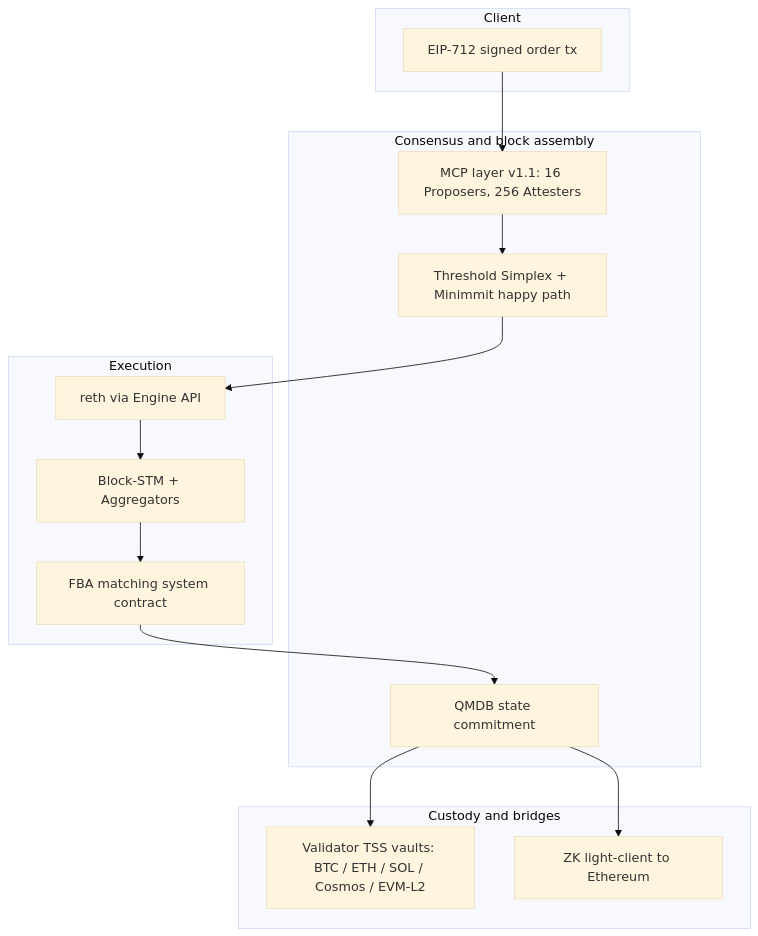
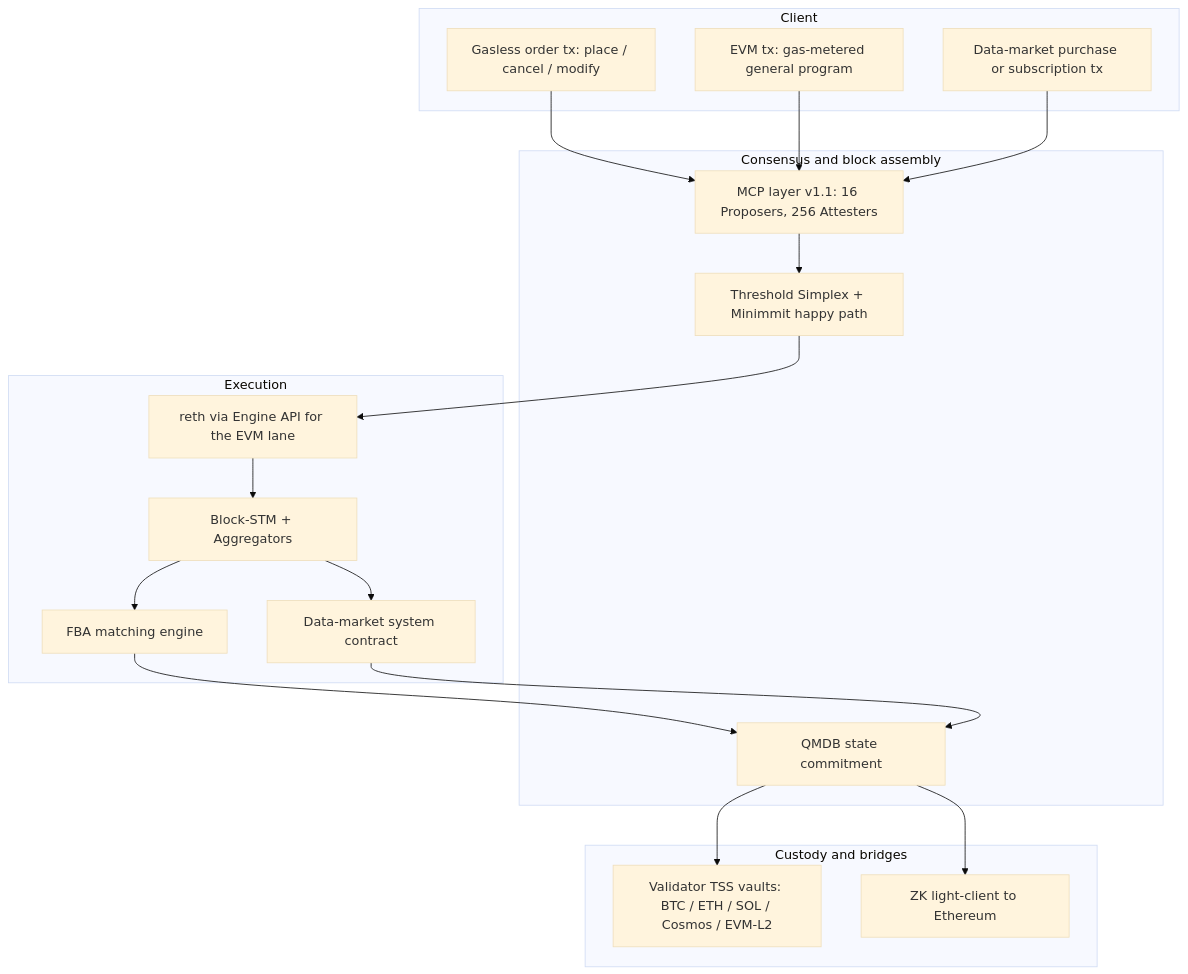
Before and after one commit to g-mantra/Ultrafast: the diagram in whitepaper.md, drawn with Mermaid (base theme). The commit also changed other lines of this file and 1 other file, not shown here.

````diff
--- a/whitepaper.md
+++ b/whitepaper.md
@@ -69,29 +84,38 @@
 ```mermaid
 flowchart TB
     subgraph CLIENT[Client]
-        TX[EIP-712 signed order tx]
+        ORDER[Gasless order tx: place / cancel / modify]
+        EVMTX[EVM tx: gas-metered general program]
+        DATAPAY[Data-market purchase or subscription tx]
     end
 
     subgraph CONSENSUS[Consensus and block assembly]
         MCP[MCP layer v1.1: 16 Proposers, 256 Attesters]
         TS[Threshold Simplex + Minimmit happy path]
         QMDB[QMDB state commitment]
     end
 
     subgraph EXEC[Execution]
-        RETH[reth via Engine API]
+        RETH[reth via Engine API for the EVM lane]
         BSTM[Block-STM + Aggregators]
-        FBA[FBA matching system contract]
+        FBA[FBA matching engine]
+        DATA[Data-market system contract]
     end
 
     subgraph CUSTODY[Custody and bridges]
         TSS[Validator TSS vaults: BTC / ETH / SOL / Cosmos / EVM-L2]
         ZK[ZK light-client to Ethereum]
     end
 
-    TX --> MCP --> TS
-    TS --> RETH --> BSTM --> FBA
+    ORDER --> MCP
+    EVMTX --> MCP
+    DATAPAY --> MCP
+    MCP --> TS
+    TS --> RETH --> BSTM
+    BSTM --> FBA
+    BSTM --> DATA
     FBA --> QMDB
+    DATA --> QMDB
     QMDB --> ZK
     QMDB --> TSS
 ```
````
